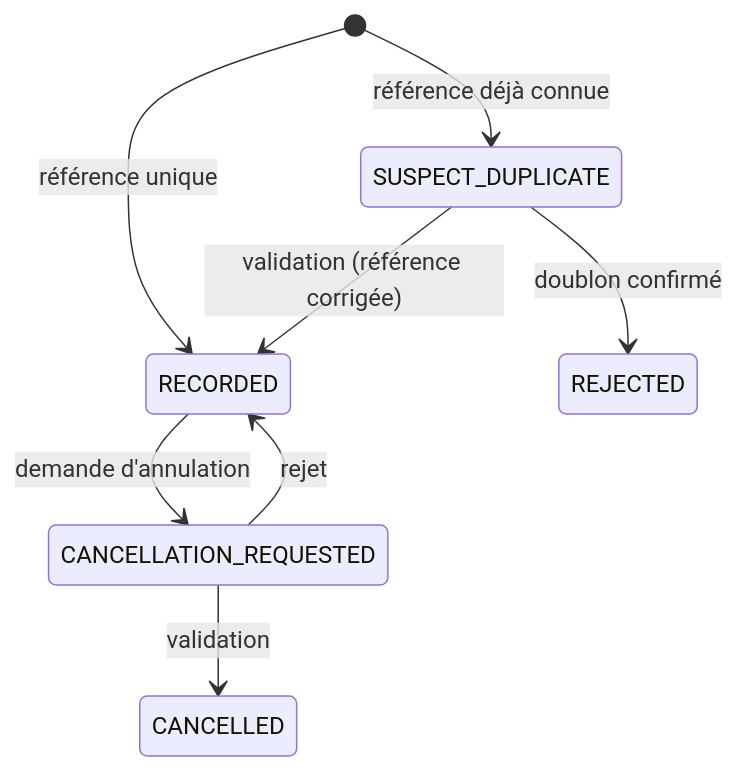
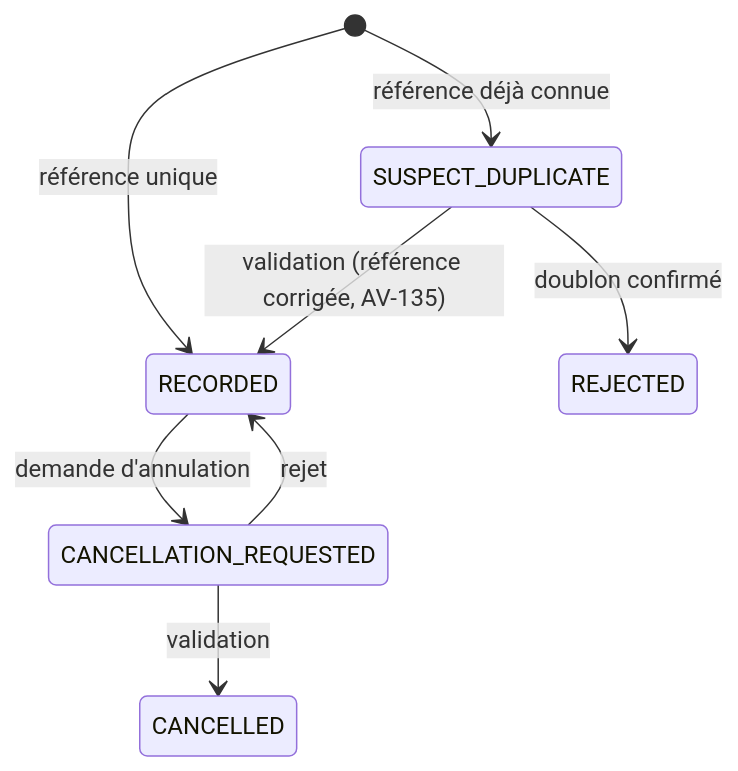
One commit to romiall/app.gic-agropelc changed the fourth of 6 diagrams in docs/04-workflows/machines-a-etats/02-ventes-caisse.md. Above: the diagram before and after it, drawn with Mermaid. The commit also changed other lines of this file and 45 other files, not shown here.

````diff
--- a/docs/04-workflows/machines-a-etats/02-ventes-caisse.md
+++ b/docs/04-workflows/machines-a-etats/02-ventes-caisse.md
@@ -92,10 +92,10 @@
 ```mermaid
 stateDiagram-v2
   [*] --> RECORDED : référence unique
   [*] --> SUSPECT_DUPLICATE : référence déjà connue
-  SUSPECT_DUPLICATE --> RECORDED : validation (référence corrigée)
+  SUSPECT_DUPLICATE --> RECORDED : validation (référence corrigée, AV-135)
   SUSPECT_DUPLICATE --> REJECTED : doublon confirmé
   RECORDED --> CANCELLATION_REQUESTED : demande d'annulation
   CANCELLATION_REQUESTED --> CANCELLED : validation
   CANCELLATION_REQUESTED --> RECORDED : rejet
 ```
````
